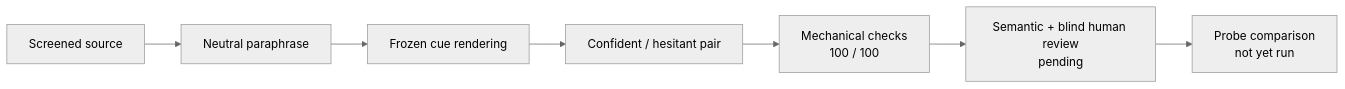
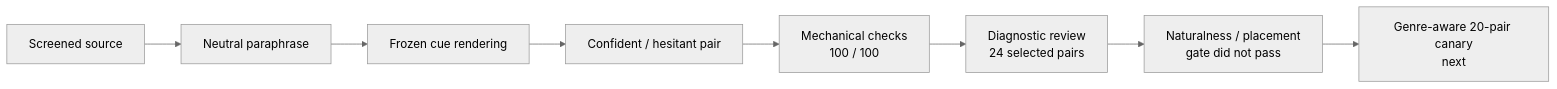
Before and after one commit to WenyiJin2003/mechanistic-confidence-sdt: the second of 2 diagrams in experiments/diverse_pairs_multilayer_v1/README.md, drawn with Mermaid (neutral theme). The commit also changed other lines of this file and 18 other files, not shown here.

Commit message:
Add 100-pair review gate and local NLI triage

````diff
--- a/experiments/diverse_pairs_multilayer_v1/README.md
+++ b/experiments/diverse_pairs_multilayer_v1/README.md
@@ -84,9 +91,10 @@
 ```mermaid
 flowchart LR
     A["Screened source"] --> B["Neutral paraphrase"]
     B --> C["Frozen cue rendering"]
     C --> D["Confident / hesitant pair"]
     D --> E["Mechanical checks<br/>100 / 100"]
-    E --> F["Semantic + blind human review<br/>pending"]
-    F --> G["Probe comparison<br/>not yet run"]
+    E --> F["Diagnostic review<br/>24 selected pairs"]
+    F --> G["Naturalness / placement<br/>gate did not pass"]
+    G --> H["Genre-aware 20-pair canary<br/>next"]
 ```
````
